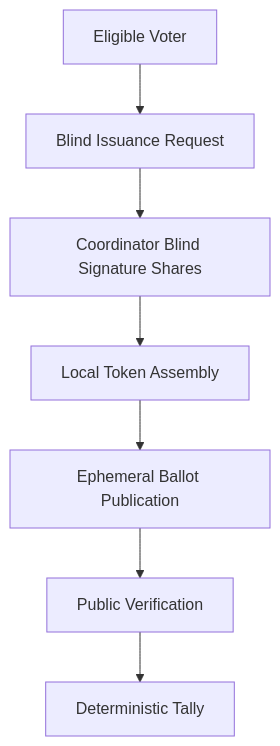
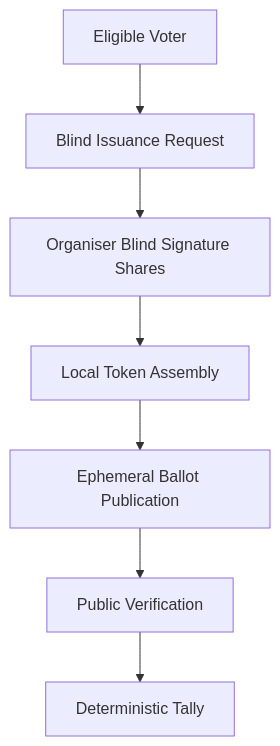
Before and after one commit to tidley/auditable-voting: the eighth of 8 diagrams in docs/technical-protocol-note.md, drawn with Mermaid. The commit also changed other lines of this file and 35 other files, not shown here.

````diff
--- a/docs/technical-protocol-note.md
+++ b/docs/technical-protocol-note.md
@@ -731,17 +731,17 @@
 ```mermaid
 flowchart TD
   A[Eligible Voter]
   B[Blind Issuance Request]
-  C[Coordinator Blind Signature Shares]
+  C[Organiser Blind Signature Shares]
   D[Local Token Assembly]
   E[Ephemeral Ballot Publication]
   F[Public Verification]
   G[Deterministic Tally]
 
   A --> B
   B --> C
   C --> D
   D --> E
   E --> F
   F --> G
 ```
````
